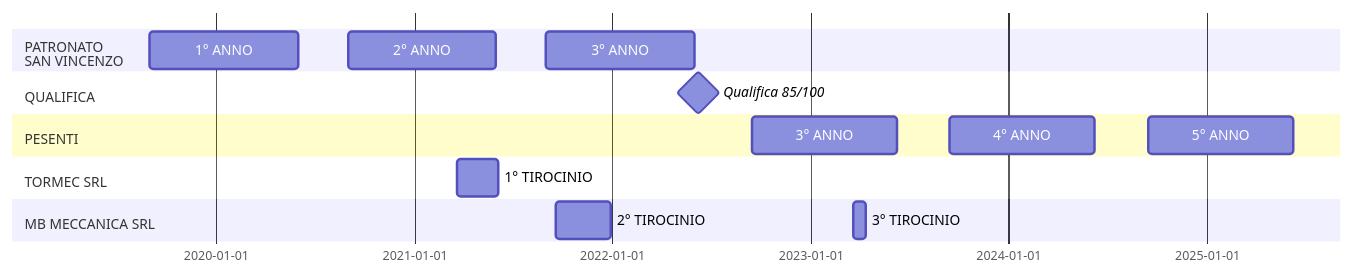
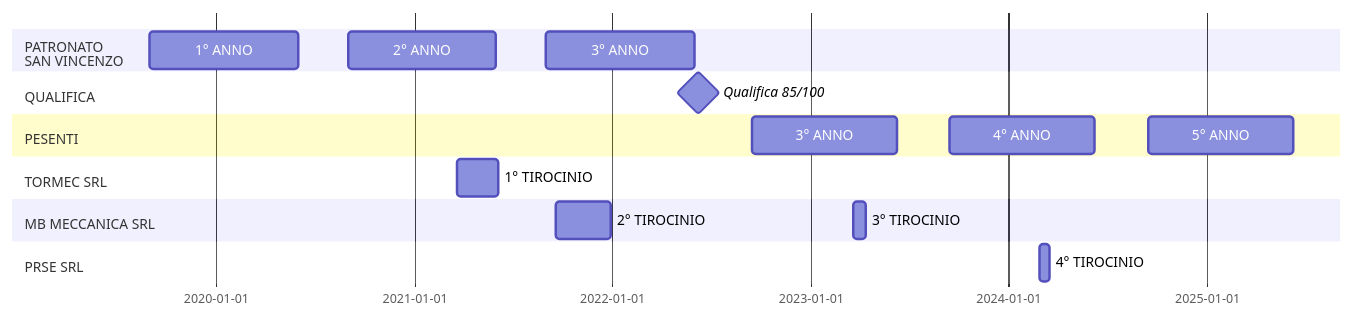
One commit to Laaouatni/PTCO-esame-MERMAID changed the diagram in PTCO.md. Above: the diagram before and after it, drawn with Mermaid.

````diff
--- a/PTCO.md
+++ b/PTCO.md
@@ -1,27 +1,29 @@
 ```mermaid
 ---
 displayMode: compact
 ---
 %%{init: { 'gantt': {'leftPadding': 110, 'barHeight': 30}} }%%
 gantt
     dateFormat  DD-MM-YYYY
 
     section PATRONATO<BR>SAN VINCENZO
         1° ANNO: 01-09-2019,31-05-2020
         2° ANNO: 01-09-2020,31-05-2021
         3° ANNO: 01-09-2021,31-05-2022
 
     section QUALIFICA
         Qualifica 85/100 :milestone, 15-06-2022
 
     section PESENTI
         3° ANNO: 14-09-2022,08-06-2023
         4° ANNO: 14-09-2023,08-06-2024
         5° ANNO: 14-09-2024,08-06-2025
 
     section TORMEC SRL
         1° TIROCINIO: 21-03-2021,04-06-2021
     section MB MECCANICA SRL
         2° TIROCINIO: 19-09-2021,29-12-2021
         3° TIROCINIO: 20-03-2023,13-04-2023
+    section PRSE SRL
+        4° TIROCINIO: 26-02-2024,15-03-2024
 ```
````
